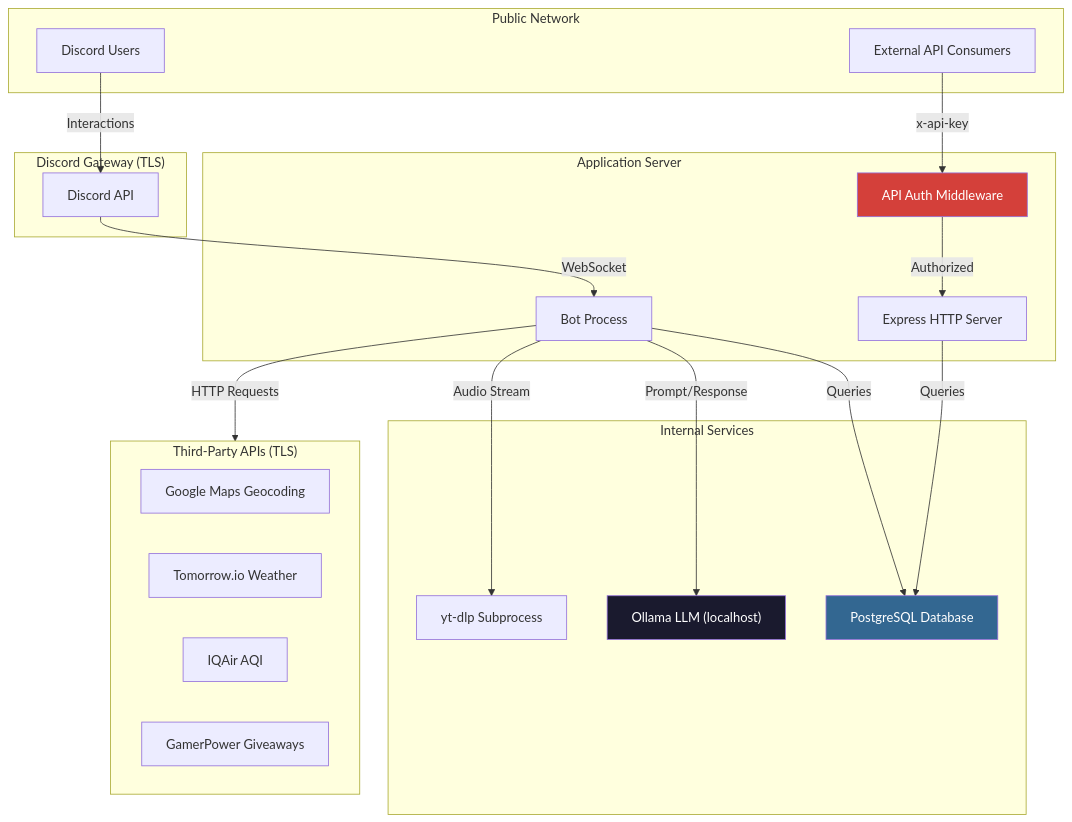
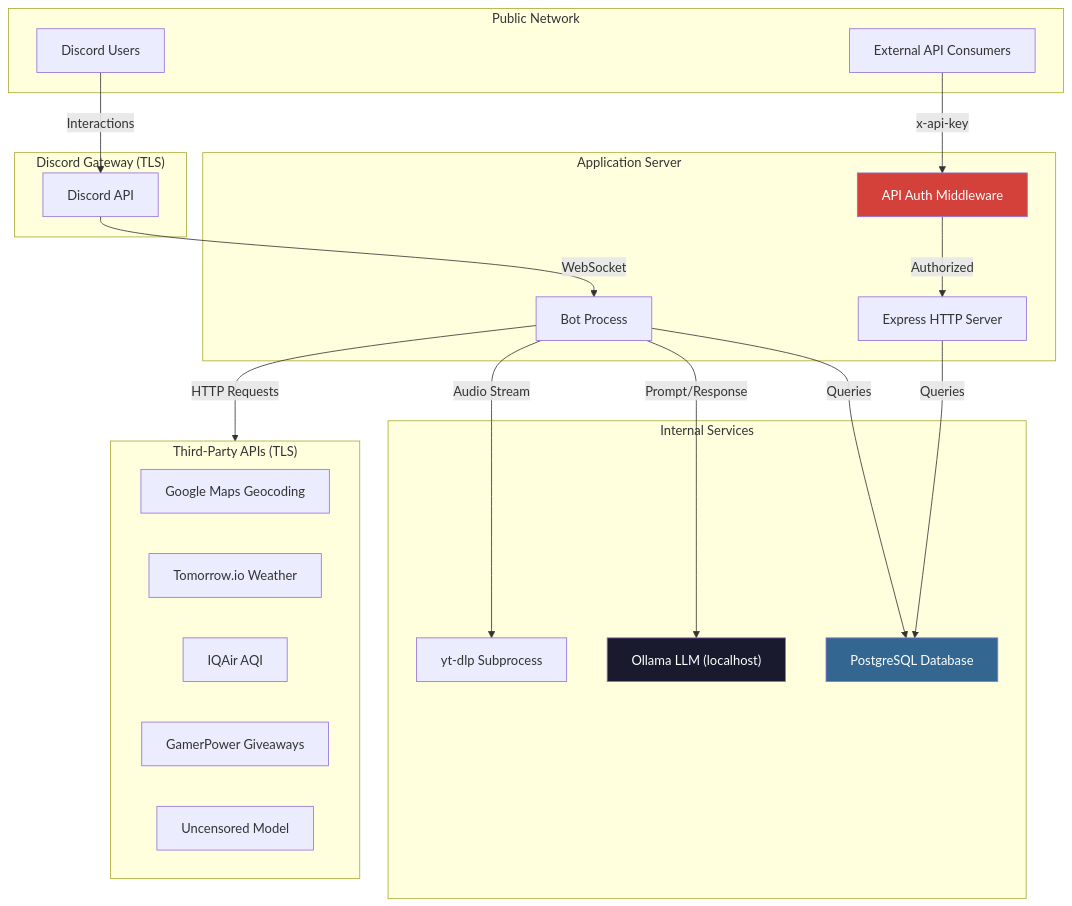
One commit to ranveerminhas0/nxtgencore changed the first of 2 diagrams in SECURITY.md. Above: the diagram before and after it, drawn with Mermaid. The commit also changed 5 other files, not shown here.

````diff
--- a/SECURITY.md
+++ b/SECURITY.md
@@ -11,45 +11,46 @@
 ```mermaid
 graph TB
     subgraph Public["Public Network"]
         U["Discord Users"]
         EXT["External API Consumers"]
     end
 
     subgraph Discord["Discord Gateway (TLS)"]
         API["Discord API"]
     end
 
     subgraph Server["Application Server"]
         BOT["Bot Process"]
         EXPRESS["Express HTTP Server"]
         AUTH["API Auth Middleware"]
     end
 
     subgraph Internal["Internal Services"]
         DB["PostgreSQL Database"]
         AI["Ollama LLM (localhost)"]
         YTDLP["yt-dlp Subprocess"]
     end
 
     subgraph ThirdParty["Third-Party APIs (TLS)"]
         GOOGLE["Google Maps Geocoding"]
         WEATHER["Tomorrow.io Weather"]
         IQAIR["IQAir AQI"]
         GAMER["GamerPower Giveaways"]
+        HF["Uncensored Model"]
     end
 
     U -->|Interactions| API
     API -->|WebSocket| BOT
     BOT -->|Queries| DB
     BOT -->|Prompt/Response| AI
     BOT -->|Audio Stream| YTDLP
     BOT -->|HTTP Requests| ThirdParty
 
     EXT -->|x-api-key| AUTH
     AUTH -->|Authorized| EXPRESS
     EXPRESS -->|Queries| DB
 
     style AUTH fill:#d4403a,color:#fff
     style DB fill:#336791,color:#fff
     style AI fill:#1a1a2e,color:#fff
 ```
````
